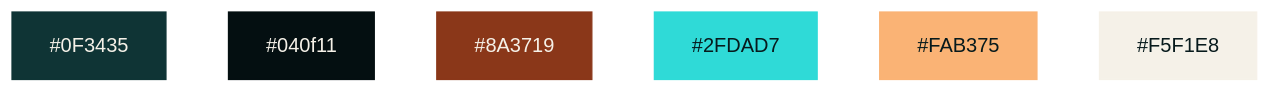
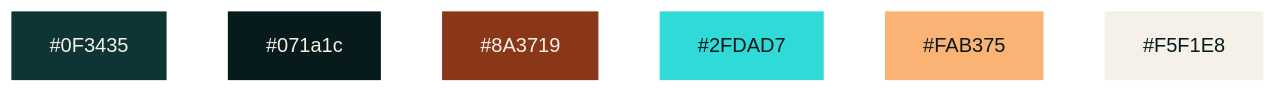
The diagram in docs/design-system.md (tommiLipponen/Elokuvaprojekti), drawn with Mermaid before and after one commit. The commit also changed other lines of this file and 4 other files, not shown here.

````diff
--- a/docs/design-system.md
+++ b/docs/design-system.md
@@ -14,13 +14,13 @@
 ```mermaid
 flowchart LR
-    A["#0F3435"]:::c1 --- B["#040f11"]:::c2 --- C["#8A3719"]:::c3 --- D["#2FDAD7"]:::c4 --- E["#FAB375"]:::c5 --- F["#F5F1E8"]:::c6
+    A["#0F3435"]:::c1 --- B["#071a1c"]:::c2 --- C["#8A3719"]:::c3 --- D["#2FDAD7"]:::c4 --- E["#FAB375"]:::c5 --- F["#F5F1E8"]:::c6
 
     classDef c1 fill:#0F3435,color:#F5F1E8,stroke:#0F3435
-    classDef c2 fill:#040f11,color:#F5F1E8,stroke:#040f11
+    classDef c2 fill:#071a1c,color:#F5F1E8,stroke:#071a1c
     classDef c3 fill:#8A3719,color:#F5F1E8,stroke:#8A3719
     classDef c4 fill:#2FDAD7,color:#071A1C,stroke:#2FDAD7
     classDef c5 fill:#FAB375,color:#071A1C,stroke:#FAB375
     classDef c6 fill:#F5F1E8,color:#071A1C,stroke:#F5F1E8
 
     linkStyle 0,1,2,3,4 stroke:transparent
 ```
````
